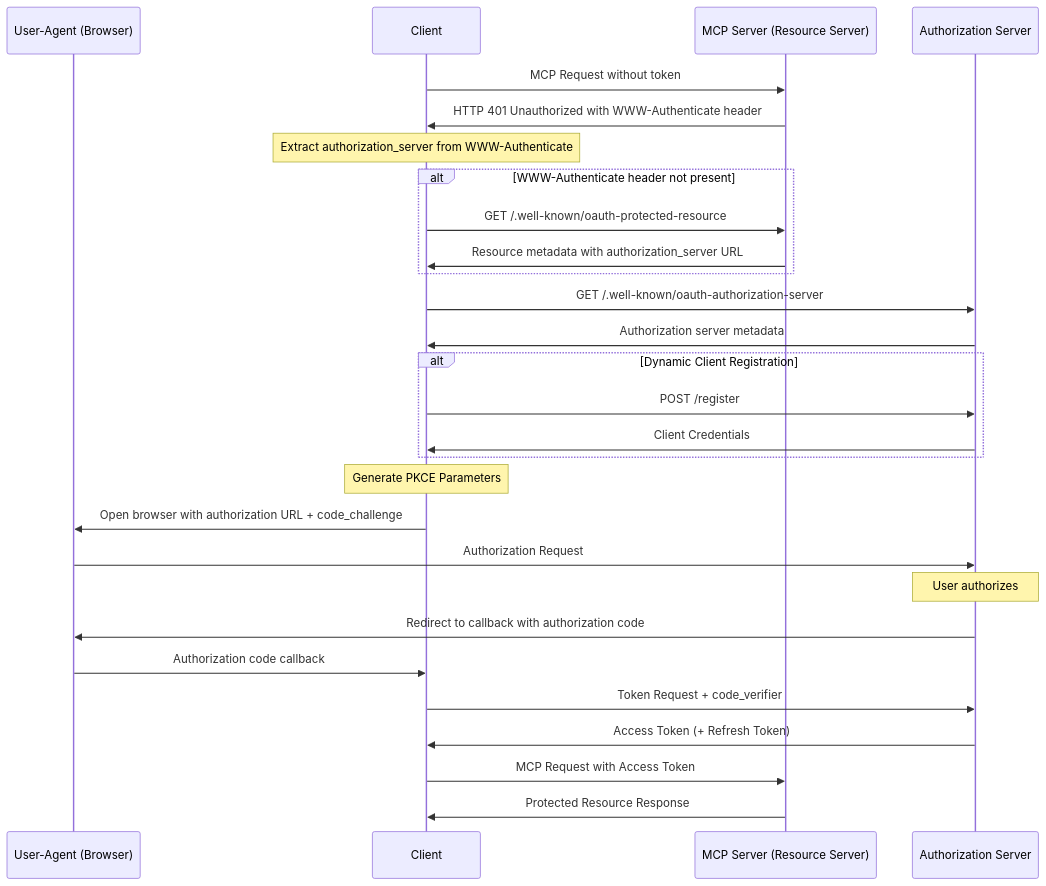
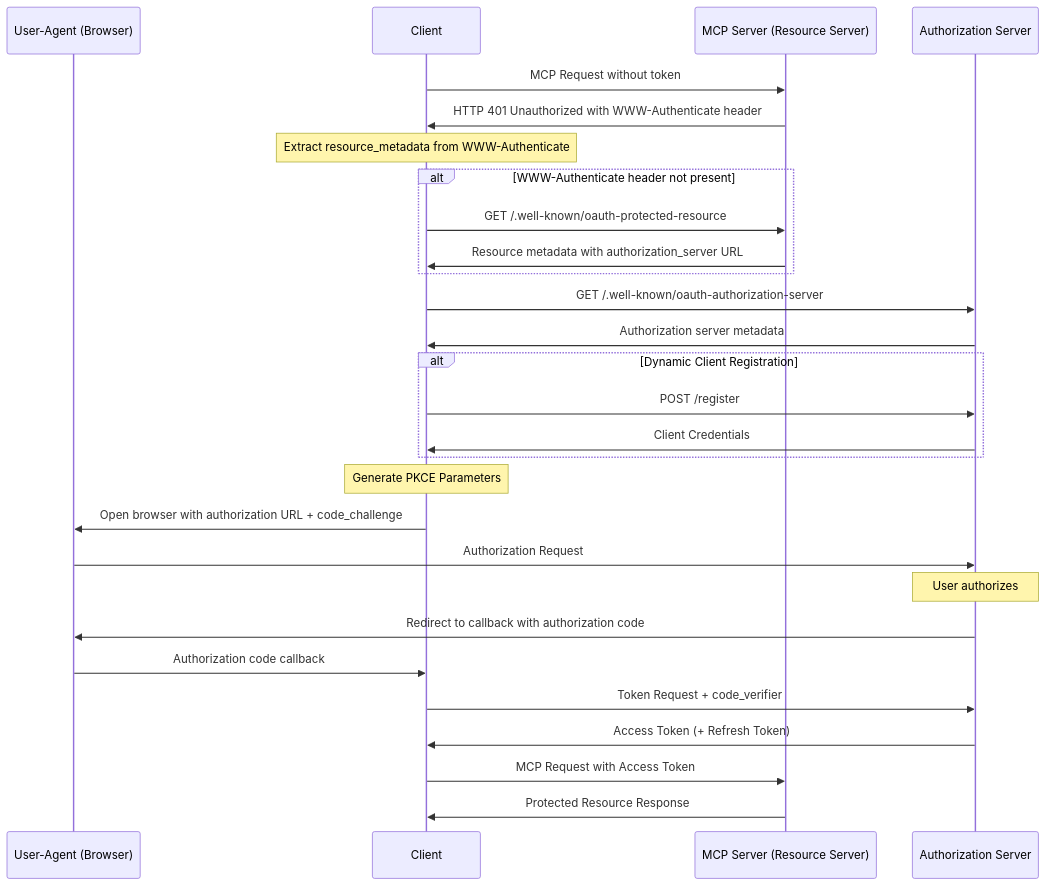
Before and after one commit to modelcontextprotocol/specification: the second of 3 diagrams in docs/specification/2025-03-26/basic/authorization.mdx, drawn with Mermaid. The commit also changed other lines of this file, not shown here.

````diff
--- a/docs/specification/2025-03-26/basic/authorization.mdx
+++ b/docs/specification/2025-03-26/basic/authorization.mdx
@@ -170,35 +170,35 @@
 ```mermaid
 sequenceDiagram
     participant B as User-Agent (Browser)
     participant C as Client
     participant M as MCP Server (Resource Server)
     participant A as Authorization Server
 
     C->>M: MCP Request without token
     M->>C: HTTP 401 Unauthorized with WWW-Authenticate header
-    Note over C: Extract authorization_server from WWW-Authenticate
+    Note over C: Extract resource_metadata from WWW-Authenticate
 
     alt WWW-Authenticate header not present
         C->>M: GET /.well-known/oauth-protected-resource
         M->>C: Resource metadata with authorization_server URL
     end
 
     C->>A: GET /.well-known/oauth-authorization-server
     A->>C: Authorization server metadata
 
     alt Dynamic Client Registration
         C->>A: POST /register
         A->>C: Client Credentials
     end
 
     Note over C: Generate PKCE Parameters
     C->>B: Open browser with authorization URL + code_challenge
     B->>A: Authorization Request
     Note over A: User authorizes
     A->>B: Redirect to callback with authorization code
     B->>C: Authorization code callback
     C->>A: Token Request + code_verifier
     A->>C: Access Token (+ Refresh Token)
     C->>M: MCP Request with Access Token
     M->>C: Protected Resource Response
 ```
````
